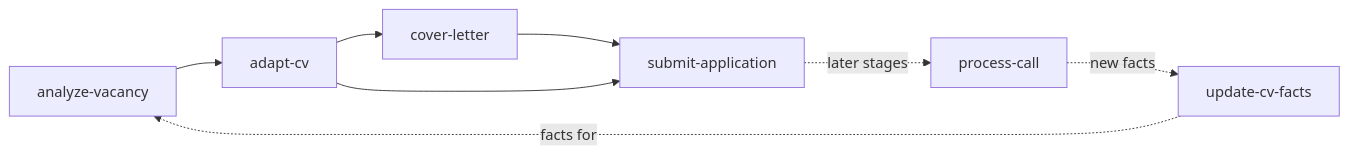
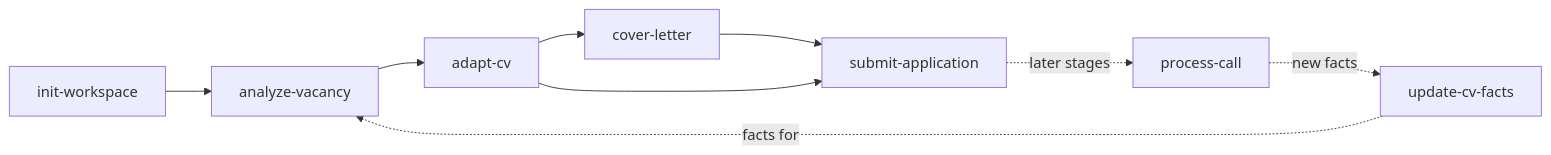
The diagram in plugins/jobsearch-kit/README.md (askrinnik/ai-plugins), drawn with Mermaid before and after one commit. The commit also changed other lines of this file and 48 other files, not shown here.

````diff
--- a/plugins/jobsearch-kit/README.md
+++ b/plugins/jobsearch-kit/README.md
@@ -23,10 +24,11 @@
 ```mermaid
 flowchart LR
   AV[analyze-vacancy] --> AC[adapt-cv]
   AC --> CL[cover-letter]
   CL --> SA[submit-application]
   AC --> SA
   SA -.later stages.-> PC[process-call]
+  IW[init-workspace] --> AV
   U[update-cv-facts] -.facts for.-> AV
   PC -.new facts.-> U
 ```
````
